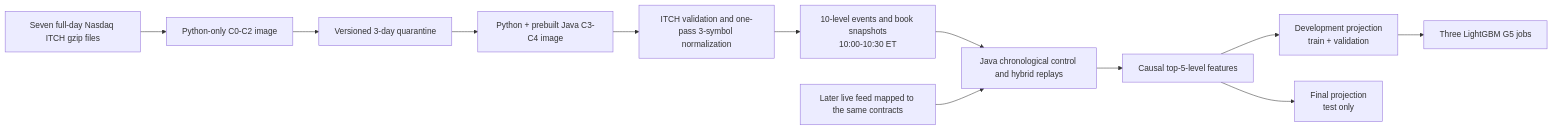
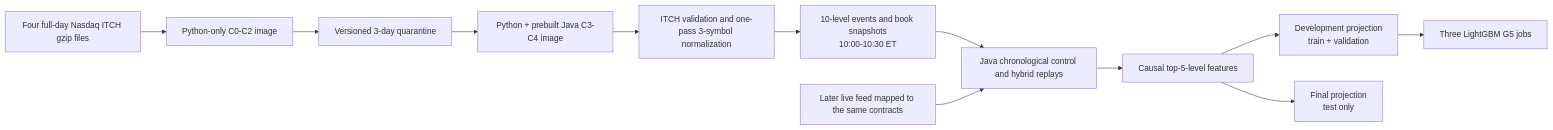
The diagram in docs/nasdaq-public-sample-v1-data-flow.md (khab40/lob-arena), drawn with Mermaid before and after one commit. The commit also changed other lines of this file and 11 other files, not shown here.

````diff
--- a/docs/nasdaq-public-sample-v1-data-flow.md
+++ b/docs/nasdaq-public-sample-v1-data-flow.md
@@ -95,20 +96,20 @@
 ```mermaid
 flowchart LR
-    Nasdaq["Seven full-day Nasdaq ITCH gzip files"]
+    Nasdaq["Four full-day Nasdaq ITCH gzip files"]
     Acquire["Python-only C0-C2 image"]
     Quarantine["Versioned 3-day quarantine"]
     Prepare["Python + prebuilt Java C3-C4 image"]
     Normalize["ITCH validation and one-pass 3-symbol normalization"]
     Book["10-level events and book snapshots<br/>10:00-10:30 ET"]
     Replay["Java chronological control and hybrid replays"]
     Features["Causal top-5-level features"]
     Dev["Development projection<br/>train + validation"]
     Final["Final projection<br/>test only"]
     G5["Three LightGBM G5 jobs"]
     Live["Later live feed mapped to the same contracts"]
 
     Nasdaq --> Acquire --> Quarantine --> Prepare --> Normalize --> Book --> Replay --> Features
     Features --> Dev --> G5
     Features --> Final
     Live --> Replay
 ```
````
